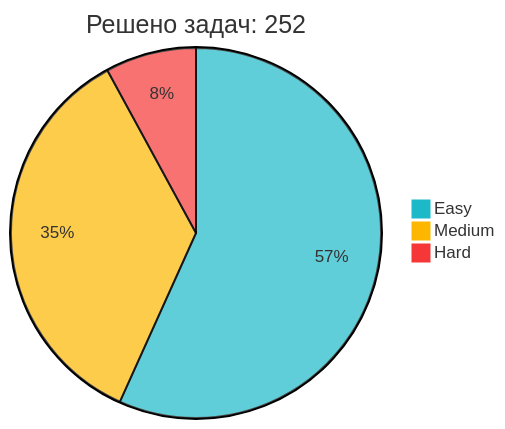
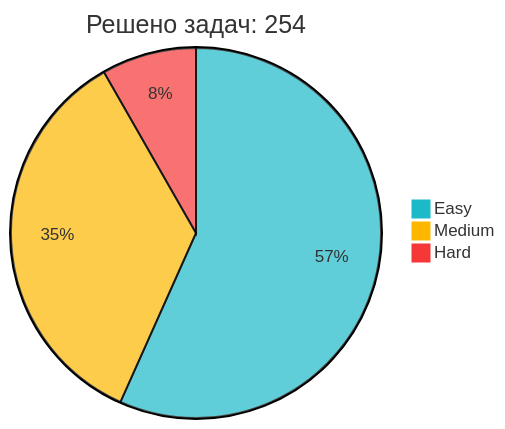
The diagram in README.md (IliaKurdukov/IliaKurdukov), drawn with Mermaid before and after one commit. The commit also changed other lines of this file, not shown here.

Commit message:
📈 Обновление статистики LeetCode

````diff
--- a/README.md
+++ b/README.md
@@ -51,7 +51,7 @@
 ```mermaid
 %%{init: {'theme': 'base', 'themeVariables': { 'pie1': '#1CBAC8', 'pie2': '#FEB700', 'pie3': '#F63737' }, 'config': {'width': 300, 'height': 200}}}%%
-pie title Решено задач: 252
-   "Easy" : 143
+pie title Решено задач: 254
+   "Easy" : 144
    "Medium" : 89
-   "Hard" : 20
+   "Hard" : 21
 ```
````
